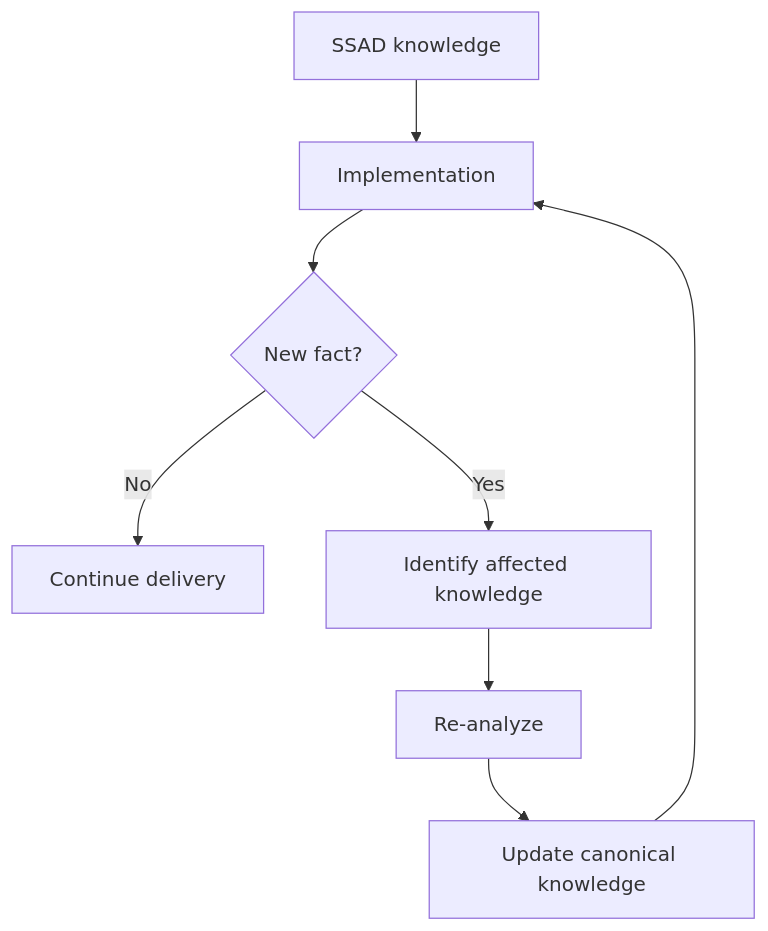
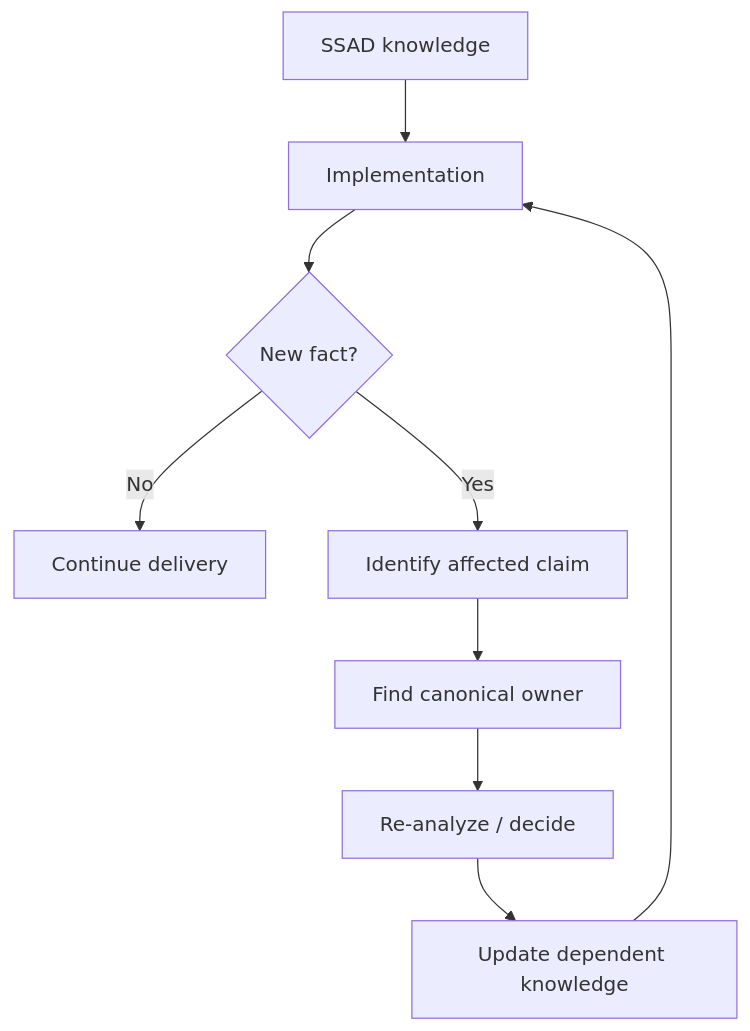
Before and after one commit to branch-danya-dev/ssad-methodology: the diagram in 02-workflow/06-delivery-support/README.md, drawn with Mermaid. The commit also changed other lines of this file, not shown here.

````diff
--- a/02-workflow/06-delivery-support/README.md
+++ b/02-workflow/06-delivery-support/README.md
@@ -31,10 +127,11 @@
 ```mermaid
 flowchart TD
     A[SSAD knowledge] --> B[Implementation]
     B --> C{New fact?}
     C -- No --> D[Continue delivery]
-    C -- Yes --> E[Identify affected knowledge]
-    E --> F[Re-analyze]
-    F --> G[Update canonical knowledge]
-    G --> B
+    C -- Yes --> E[Identify affected claim]
+    E --> F[Find canonical owner]
+    F --> G[Re-analyze / decide]
+    G --> H[Update dependent knowledge]
+    H --> B
 ```
````
